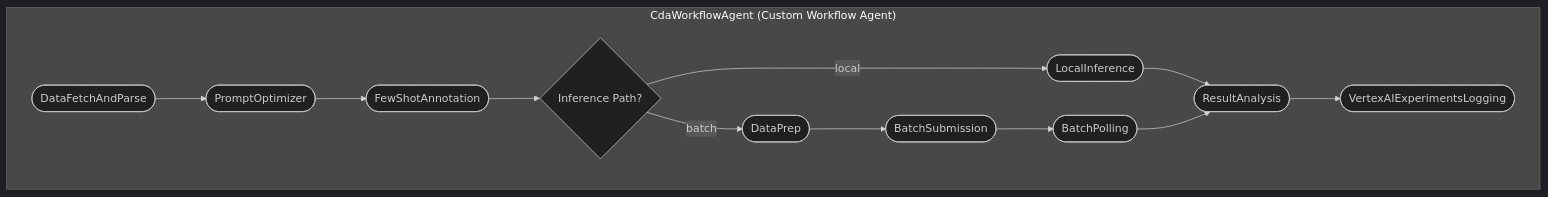
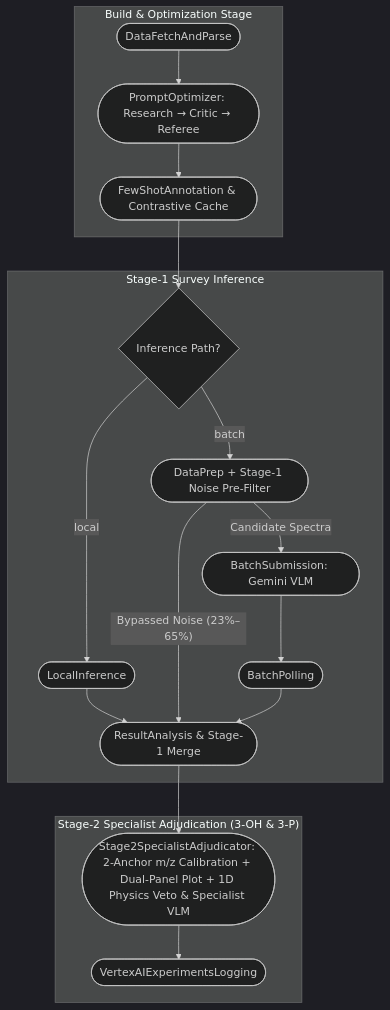
One commit to turanbulmus/cda-dust-analyzer changed the diagram in README.md. Above: the diagram before and after it, drawn with Mermaid (dark theme). The commit also changed other lines of this file and 3 other files, not shown here.

````diff
--- a/README.md
+++ b/README.md
@@ -21,20 +24,23 @@
 ```mermaid
 flowchart TD
-    subgraph "CdaWorkflowAgent (Custom Workflow Agent)"
-        DataFetchAndParse([DataFetchAndParse]) --> PromptOptimizer([PromptOptimizer])
-        PromptOptimizer --> FewShotAnnotation([FewShotAnnotation])
-        
+    subgraph "Build & Optimization Stage"
+        DataFetchAndParse([DataFetchAndParse]) --> PromptOptimizer([PromptOptimizer: Research → Critic → Referee])
+        PromptOptimizer --> FewShotAnnotation([FewShotAnnotation & Contrastive Cache])
+    end
+
+    subgraph "Stage-1 Survey Inference"
         FewShotAnnotation --> Cond{Inference Path?}
-        
         Cond -- "local" --> LocalInference([LocalInference])
-        Cond -- "batch" --> DataPrep([DataPrep])
-        
-        DataPrep --> BatchSubmission([BatchSubmission])
+        Cond -- "batch" --> DataPrep([DataPrep + Stage-1 Noise Pre-Filter])
+        DataPrep -- "Bypassed Noise (23%–65%)" --> ResultAnalysis([ResultAnalysis & Stage-1 Merge])
+        DataPrep -- "Candidate Spectra" --> BatchSubmission([BatchSubmission: Gemini VLM])
         BatchSubmission --> BatchPolling([BatchPolling])
-        
-        LocalInference --> ResultAnalysis([ResultAnalysis])
+        LocalInference --> ResultAnalysis
         BatchPolling --> ResultAnalysis
-        
-        ResultAnalysis --> VertexAIExperimentsLogging([VertexAIExperimentsLogging])
+    end
+
+    subgraph "Stage-2 Specialist Adjudication (3-OH & 3-P)"
+        ResultAnalysis --> Stage2Adjudicator([Stage2SpecialistAdjudicator: 2-Anchor m/z Calibration + Dual-Panel Plot + 1D Physics Veto & Specialist VLM])
+        Stage2Adjudicator --> VertexAIExperimentsLogging([VertexAIExperimentsLogging])
     end
 ```
````
